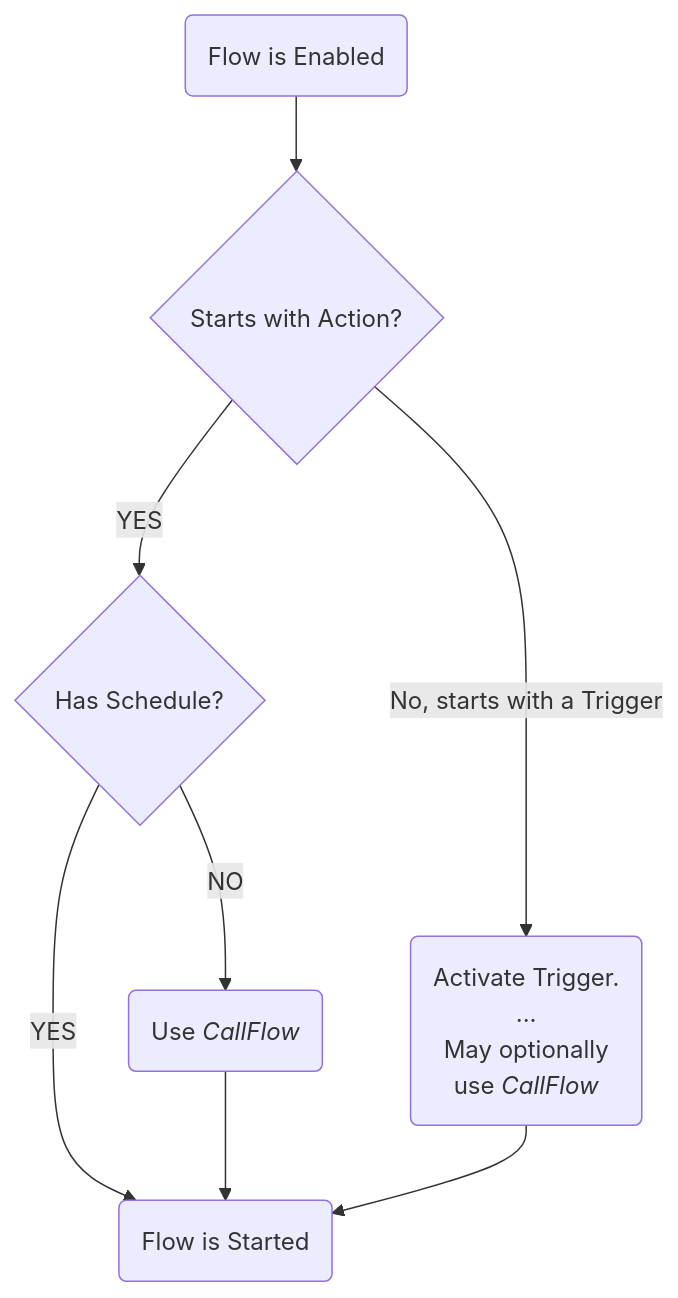
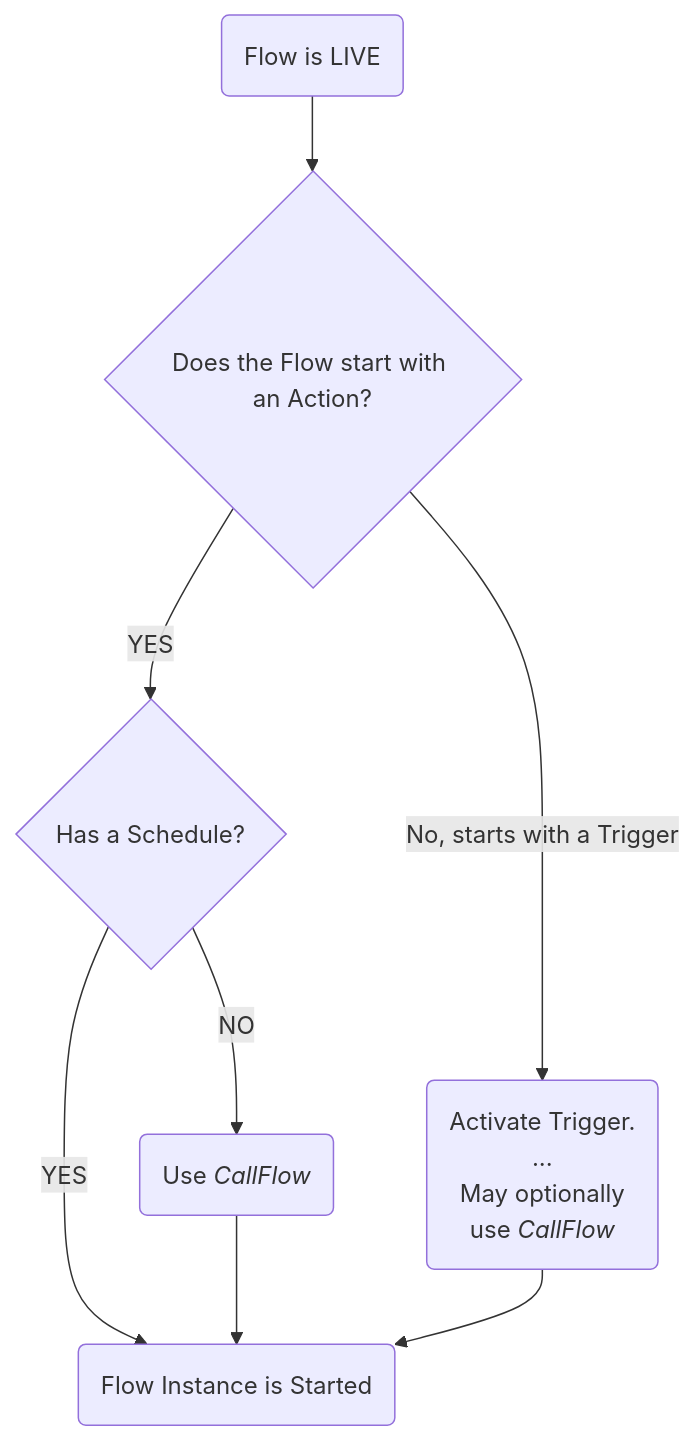
The diagram in automations/content/flow-execution/overview.md (FlowRunner-AI/docs), drawn with Mermaid before and after one commit. The commit also changed other lines of this file and 988 other files, not shown here.

First line of the commit message:
Initial FlowRunner documentation commit

````diff
--- a/automations/content/flow-execution/overview.md
+++ b/automations/content/flow-execution/overview.md
@@ -25,16 +25,16 @@
 ```mermaid
 flowchart TD
-    GOLIVE(Flow is Enabled) --> STARTS_WITH_ACTION
-    STARTS_WITH_ACTION{Starts with Action?} -->|YES|HASSCHEDULE 
+    GOLIVE(Flow is LIVE) --> STARTS_WITH_ACTION
+    STARTS_WITH_ACTION{Does the Flow start with an Action?} -->|YES|HASSCHEDULE 
     STARTS_WITH_ACTION --> |No, starts with a Trigger|START_TRIGGER
-    HASSCHEDULE{Has Schedule?} -->|YES|FLOW_STARTS
+    HASSCHEDULE{Has a Schedule?} -->|YES|FLOW_STARTS
     HASSCHEDULE -->|NO|NEEDS_CALL_FLOW
     NEEDS_CALL_FLOW --> FLOW_STARTS
     START_TRIGGER --> FLOW_STARTS
     NEEDS_CALL_FLOW("`Use *CallFlow*`")
     START_TRIGGER("`Activate Trigger.
     ...
     May optionally 
     use *CallFlow*`")
-    FLOW_STARTS(Flow is Started)
+    FLOW_STARTS(Flow Instance is Started)
 ```
````
